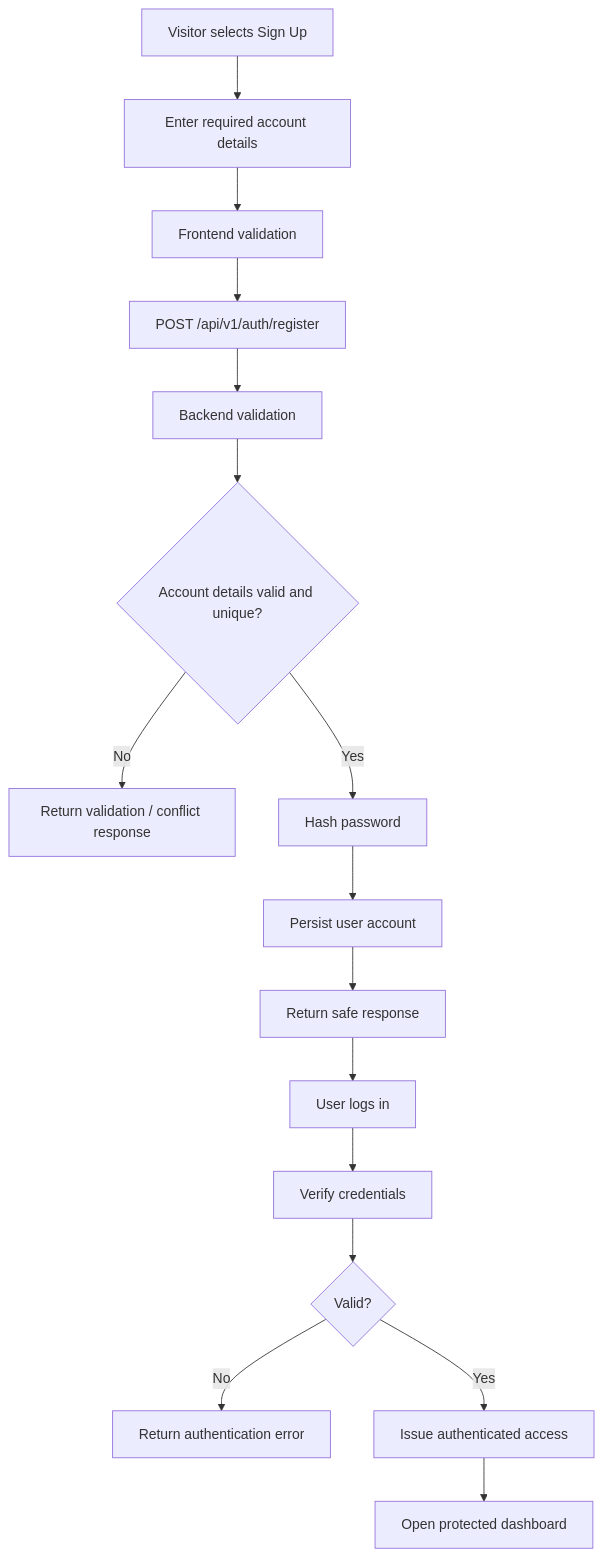
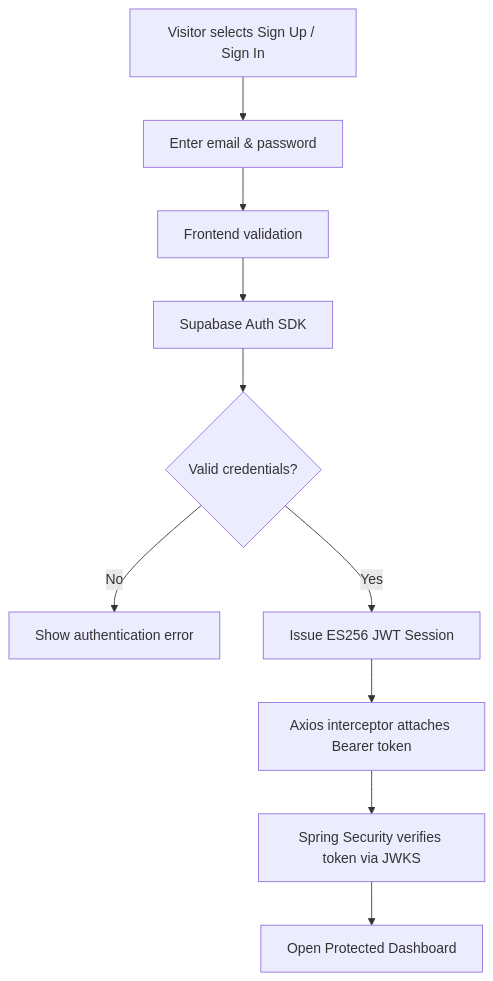
The fourth of 11 diagrams in README.md (rishavscripts/MediConnect), drawn with Mermaid before and after one commit. The commit also changed other lines of this file, not shown here.

````diff
--- a/README.md
+++ b/README.md
@@ -293,18 +254,12 @@
-``` mermaid
+```mermaid
 flowchart TD
-    A[Visitor selects Sign Up] --> B[Enter required account details]
+    A[Visitor selects Sign Up / Sign In] --> B[Enter email & password]
     B --> C[Frontend validation]
-    C --> D[POST /api/v1/auth/register]
-    D --> E[Backend validation]
-    E --> F{Account details valid and unique?}
-    F -- No --> G[Return validation / conflict response]
-    F -- Yes --> H[Hash password]
-    H --> I[Persist user account]
-    I --> J[Return safe response]
-    J --> K[User logs in]
-    K --> L[Verify credentials]
-    L --> M{Valid?}
-    M -- No --> N[Return authentication error]
-    M -- Yes --> O[Issue authenticated access]
-    O --> P[Open protected dashboard]
+    C --> D[Supabase Auth SDK]
+    D --> E{Valid credentials?}
+    E -- No --> F[Show authentication error]
+    E -- Yes --> G[Issue ES256 JWT Session]
+    G --> H[Axios interceptor attaches Bearer token]
+    H --> I[Spring Security verifies token via JWKS]
+    I --> J[Open Protected Dashboard]
 ```
````
